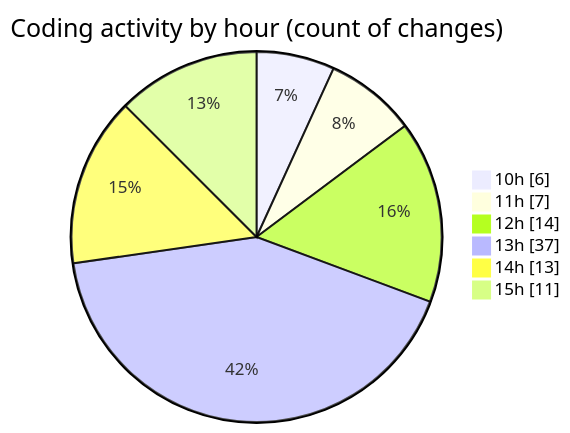
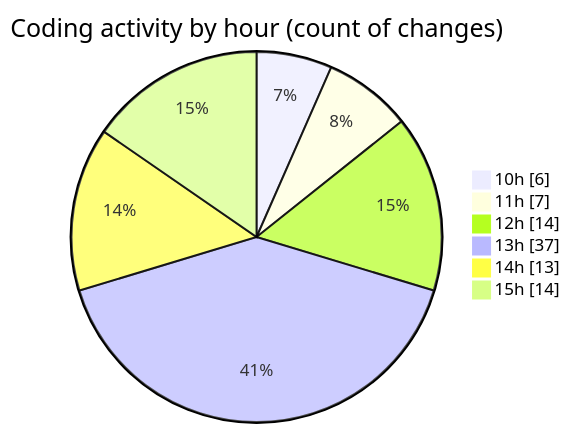
One commit to momahboobian/code-tracking changed the second of 2 diagrams in 2025-06-23/cda/README.md. Above: the diagram before and after it, drawn with Mermaid. The commit also changed other lines of this file and 1 other file, not shown here.

````diff
--- a/2025-06-23/cda/README.md
+++ b/2025-06-23/cda/README.md
@@ -41,10 +41,10 @@
 ```mermaid
 pie showData
 title Coding activity by hour (count of changes)
 "10h" : 6
 "11h" : 7
 "12h" : 14
 "13h" : 37
 "14h" : 13
-"15h" : 11
+"15h" : 14
 ```
````
